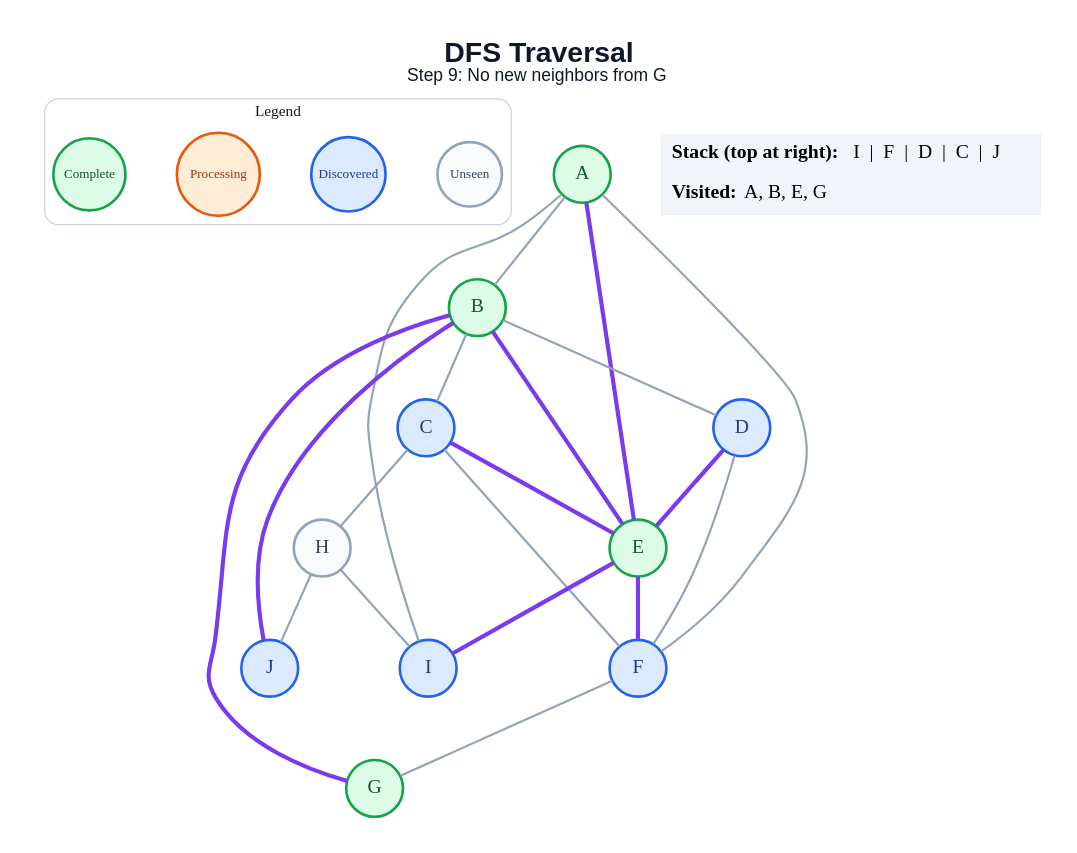
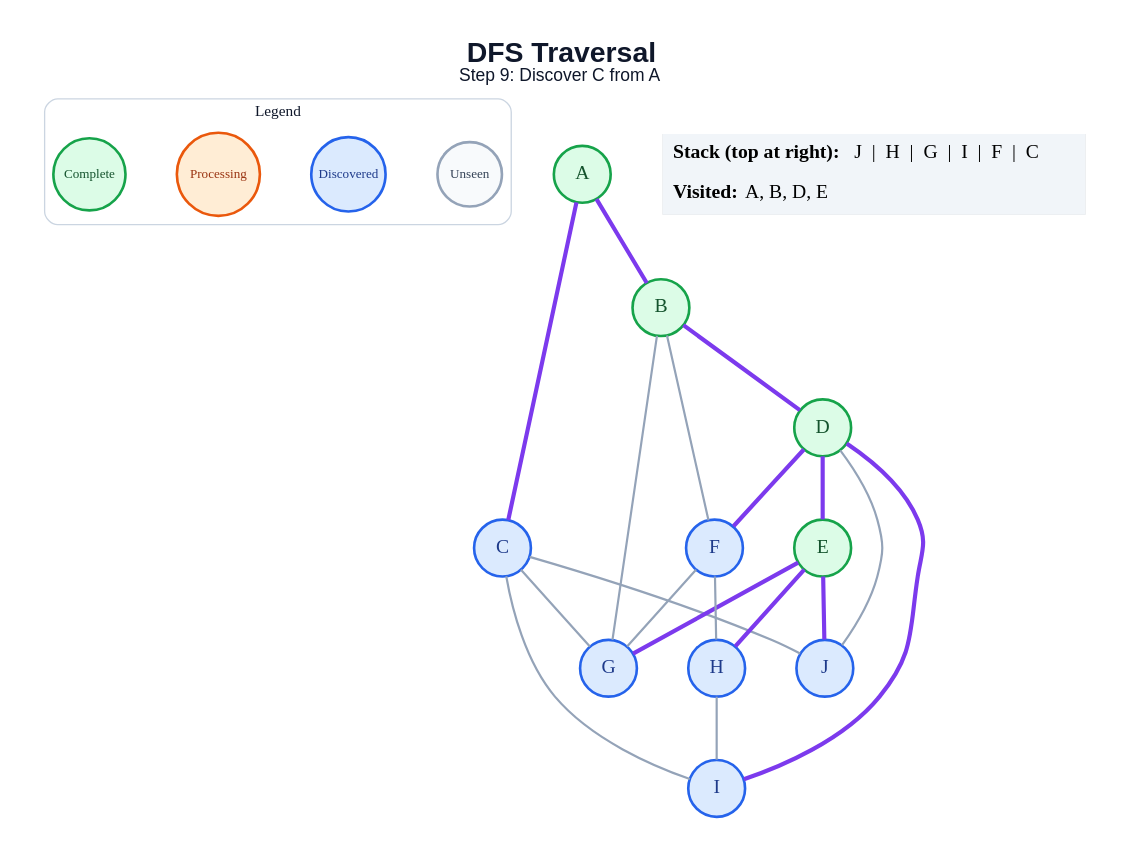
The diagram in generated/specific-node/dfs/step_09.dot (amanghodawala9/ai-slop), drawn with Graphviz before and after one commit. The commit also changed 178 other files, not shown here.

```diff
--- a/generated/specific-node/dfs/step_09.dot
+++ b/generated/specific-node/dfs/step_09.dot
@@ -1,48 +1,47 @@
 graph traversal {
   graph [layout=dot, rankdir=TB, bgcolor="#FFFFFF", pad="0.35", nodesep="0.65", ranksep="0.8", fontname="Arial"];
   node [shape=circle, style="filled", fontname="Arial Bold", fontsize=18, width=0.72, fixedsize=true, penwidth=2.4];
   edge [color="#94A3B8", penwidth=2.0];
-  label=<<B>DFS Traversal</B><BR/><FONT POINT-SIZE="16">Step 9: No new neighbors from G</FONT>>; labelloc="t"; fontsize=26; fontname="Arial"; fontcolor="#0F172A";
+  label=<<B>DFS Traversal</B><BR/><FONT POINT-SIZE="16">Step 9: Discover C from A</FONT>>; labelloc="t"; fontsize=26; fontname="Arial"; fontcolor="#0F172A";
   subgraph cluster_legend { label="Legend"; color="#CBD5E1"; penwidth=1.2; style="rounded"; fontsize=14; fontname="Arial Bold";
     key_unseen [label="Unseen", fillcolor="#F8FAFC", color="#94A3B8", fontcolor="#334155", fontsize=12, width=0.82];
     key_frontier [label="Discovered", fillcolor="#DBEAFE", color="#2563EB", fontcolor="#1E3A8A", fontsize=12, width=0.95];
     key_current [label="Processing", fillcolor="#FFEDD5", color="#EA580C", fontcolor="#9A3412", fontsize=12, width=1.05];
     key_done [label="Complete", fillcolor="#DCFCE7", color="#16A34A", fontcolor="#14532D", fontsize=12, width=0.92];
     { rank=same; key_unseen; key_frontier; key_current; key_done; }
   }
   A [fillcolor="#DCFCE7", color="#16A34A", fontcolor="#14532D"];
   B [fillcolor="#DCFCE7", color="#16A34A", fontcolor="#14532D"];
   C [fillcolor="#DBEAFE", color="#2563EB", fontcolor="#1E3A8A"];
-  D [fillcolor="#DBEAFE", color="#2563EB", fontcolor="#1E3A8A"];
+  D [fillcolor="#DCFCE7", color="#16A34A", fontcolor="#14532D"];
   E [fillcolor="#DCFCE7", color="#16A34A", fontcolor="#14532D"];
   F [fillcolor="#DBEAFE", color="#2563EB", fontcolor="#1E3A8A"];
-  G [fillcolor="#DCFCE7", color="#16A34A", fontcolor="#14532D"];
-  H [fillcolor="#F8FAFC", color="#94A3B8", fontcolor="#334155"];
+  G [fillcolor="#DBEAFE", color="#2563EB", fontcolor="#1E3A8A"];
+  H [fillcolor="#DBEAFE", color="#2563EB", fontcolor="#1E3A8A"];
   I [fillcolor="#DBEAFE", color="#2563EB", fontcolor="#1E3A8A"];
   J [fillcolor="#DBEAFE", color="#2563EB", fontcolor="#1E3A8A"];
-  A -- B;
-  A -- E [color="#7C3AED", penwidth=3.8];
-  A -- F;
-  A -- I;
-  B -- C;
-  B -- D;
-  B -- E [color="#7C3AED", penwidth=3.8];
-  B -- G [color="#7C3AED", penwidth=3.8];
-  B -- J [color="#7C3AED", penwidth=3.8];
-  C -- E [color="#7C3AED", penwidth=3.8];
-  C -- F;
-  C -- H;
+  A -- B [color="#7C3AED", penwidth=3.8];
+  A -- C [color="#7C3AED", penwidth=3.8];
+  B -- D [color="#7C3AED", penwidth=3.8];
+  B -- F;
+  B -- G;
+  C -- G;
+  C -- I;
+  C -- J;
   D -- E [color="#7C3AED", penwidth=3.8];
-  D -- F;
-  E -- F [color="#7C3AED", penwidth=3.8];
-  E -- I [color="#7C3AED", penwidth=3.8];
+  D -- F [color="#7C3AED", penwidth=3.8];
+  D -- I [color="#7C3AED", penwidth=3.8];
+  D -- J;
+  E -- G [color="#7C3AED", penwidth=3.8];
+  E -- H [color="#7C3AED", penwidth=3.8];
+  E -- J [color="#7C3AED", penwidth=3.8];
   F -- G;
+  F -- H;
   H -- I;
-  H -- J;
   status [shape=plain, fixedsize=false, width=0, height=0, margin=0, label=<
     <TABLE BORDER="0" CELLBORDER="0" CELLPADDING="7" BGCOLOR="#F1F5F9">
-      <TR><TD ALIGN="LEFT"><B>Stack (top at right):</B> I  |  F  |  D  |  C  |  J</TD></TR>
-      <TR><TD ALIGN="LEFT"><B>Visited:</B> A, B, E, G</TD></TR>
+      <TR><TD ALIGN="LEFT"><B>Stack (top at right):</B> J  |  H  |  G  |  I  |  F  |  C</TD></TR>
+      <TR><TD ALIGN="LEFT"><B>Visited:</B> A, B, D, E</TD></TR>
     </TABLE>
   >];
 }
```
